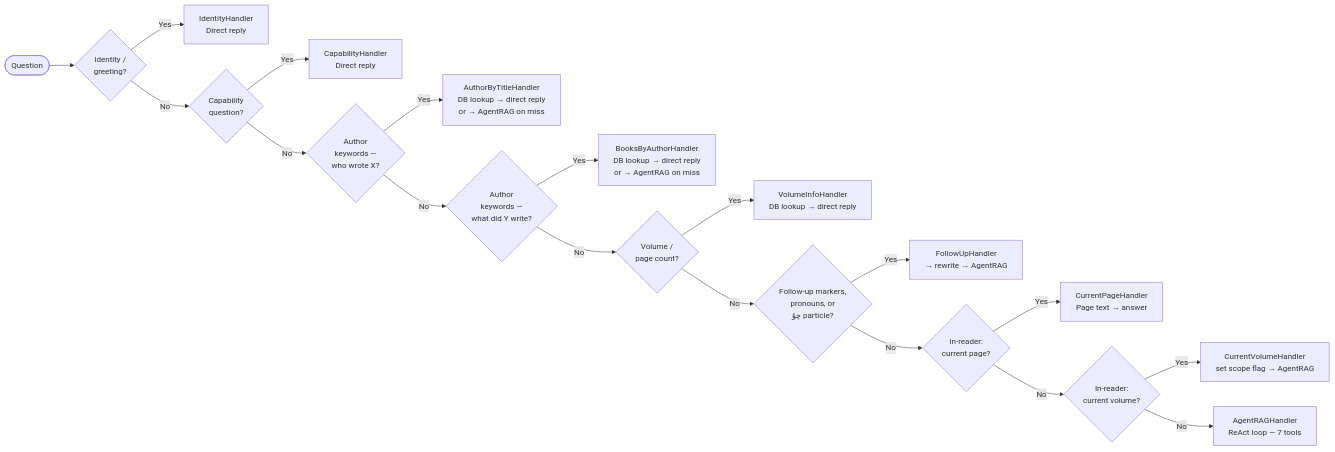
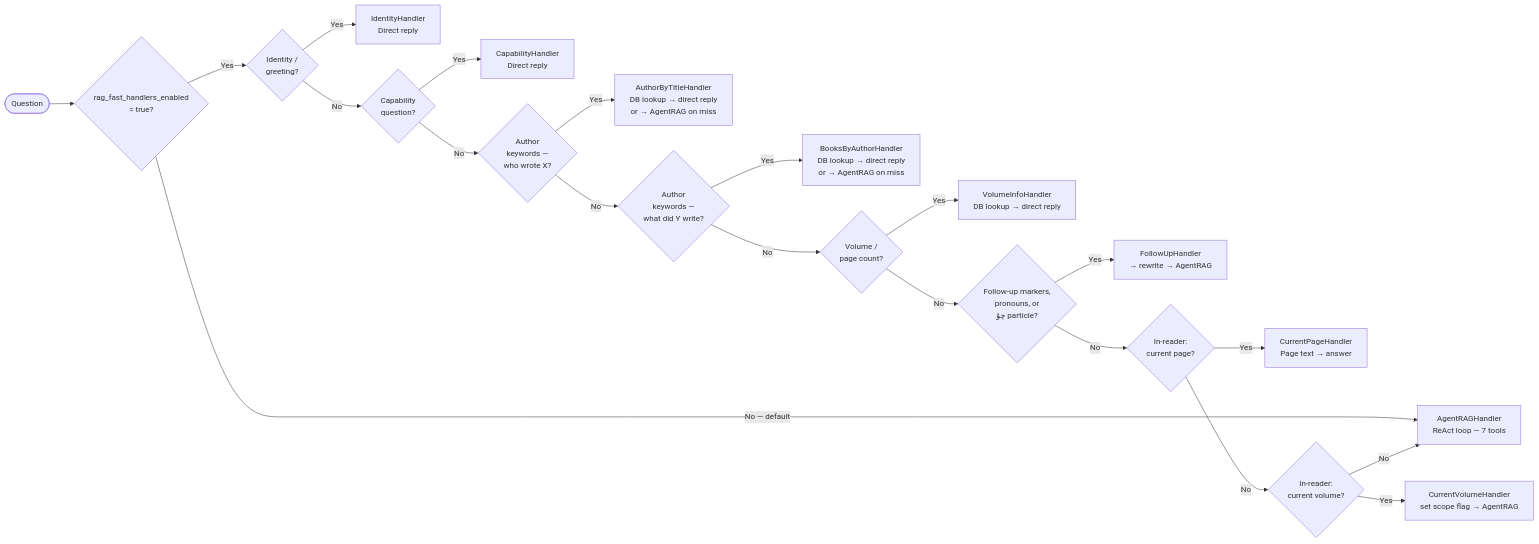
One commit to Kitabim-AI/kitabim-ai changed the second of 3 diagrams in docs/main/QUESTION_ANSWERING_DIAGRAM.md. Above: the diagram before and after it, drawn with Mermaid. The commit also changed other lines of this file and 26 other files, not shown here.

Commit message:
feat: implement upsert chunking, add book summary tool, and introduce optional fast-path RAG handler routing.

````diff
--- a/docs/main/QUESTION_ANSWERING_DIAGRAM.md
+++ b/docs/main/QUESTION_ANSWERING_DIAGRAM.md
@@ -140,20 +162,25 @@
 ```mermaid
 flowchart LR
-    Q([Question]) --> P1
+    Q([Question]) --> FLAG
+
+    FLAG{rag_fast_handlers_enabled\n= true?}
+    FLAG -->|No — default| RAGENT[AgentRAGHandler\nReAct loop — 7 tools]
+
+    FLAG -->|Yes| P1
     P1{Identity /\ngreeting?} -->|Yes| R1[IdentityHandler\nDirect reply]
     P1 -->|No| P2
     P2{Capability\nquestion?} -->|Yes| R2[CapabilityHandler\nDirect reply]
     P2 -->|No| P3
     P3{Author\nkeywords —\nwho wrote X?} -->|Yes| R3[AuthorByTitleHandler\nDB lookup → direct reply\nor → AgentRAG on miss]
     P3 -->|No| P4
     P4{Author\nkeywords —\nwhat did Y write?} -->|Yes| R4[BooksByAuthorHandler\nDB lookup → direct reply\nor → AgentRAG on miss]
     P4 -->|No| P5
     P5{Volume /\npage count?} -->|Yes| R5[VolumeInfoHandler\nDB lookup → direct reply]
     P5 -->|No| P6
     P6{Follow-up markers,\npronouns, or\nچۇ particle?} -->|Yes| R6[FollowUpHandler\n→ rewrite → AgentRAG]
     P6 -->|No| P7
     P7{In-reader:\ncurrent page?} -->|Yes| R7[CurrentPageHandler\nPage text → answer]
     P7 -->|No| P8
     P8{In-reader:\ncurrent volume?} -->|Yes| R8[CurrentVolumeHandler\nset scope flag → AgentRAG]
-    P8 -->|No| R9[AgentRAGHandler\nReAct loop — 7 tools]
+    P8 -->|No| RAGENT
 ```
````
